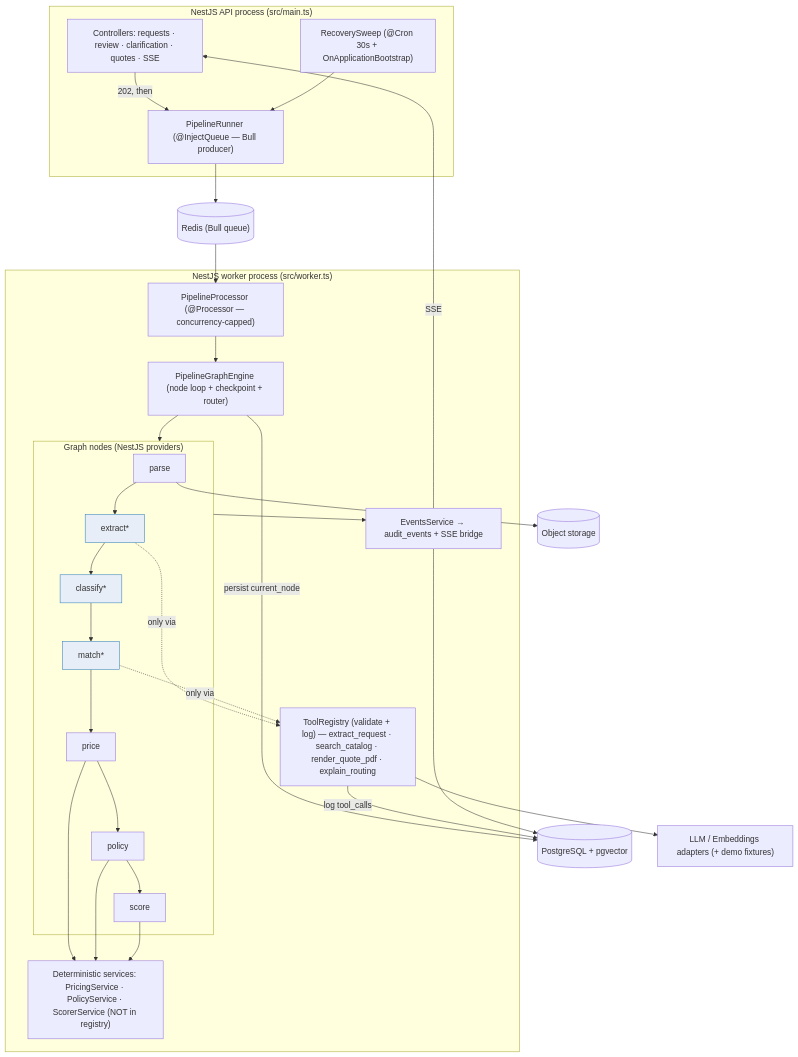
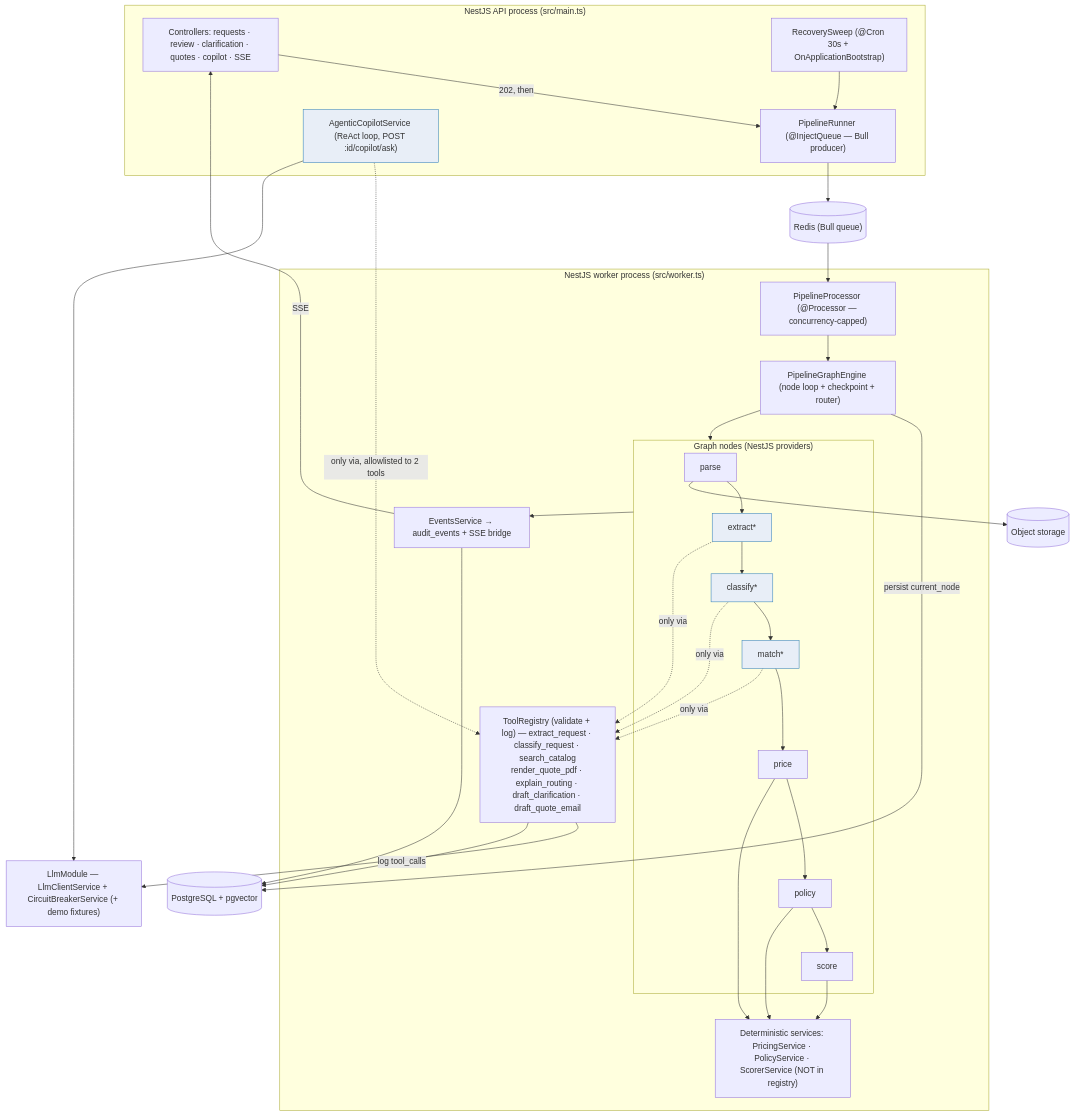
One commit to Distill-AI/distill-ai changed the diagram in docs/architecture.md. Above: the diagram before and after it, drawn with Mermaid. The commit also changed other lines of this file and 2 other files, not shown here.

First line of the commit message:
docs(architecture): bring architecture.md current, use real PRD content

````diff
--- a/docs/architecture.md
+++ b/docs/architecture.md
@@ -27,40 +31,44 @@
 ```mermaid
 flowchart TB
     subgraph API["NestJS API process (src/main.ts)"]
-        CTRL["Controllers: requests · review · clarification · quotes · SSE"]
+        CTRL["Controllers: requests · review · clarification · quotes · copilot · SSE"]
         PROD["PipelineRunner (@InjectQueue — Bull producer)"]
         SWEEP["RecoverySweep (@Cron 30s + OnApplicationBootstrap)"]
+        AGENT["AgenticCopilotService (ReAct loop, POST :id/copilot/ask)"]
     end
     REDIS[("Redis (Bull queue)")]
     subgraph WORKER["NestJS worker process (src/worker.ts)"]
         PROC["PipelineProcessor (@Processor — concurrency-capped)"]
         ENGINE["PipelineGraphEngine (node loop + checkpoint + router)"]
-        REG["ToolRegistry (validate + log) — extract_request · search_catalog · render_quote_pdf · explain_routing"]
+        REG["ToolRegistry (validate + log) — extract_request · classify_request · search_catalog\nrender_quote_pdf · explain_routing · draft_clarification · draft_quote_email"]
         subgraph NODES["Graph nodes (NestJS providers)"]
             N1["parse"] --> N2["extract*"] --> N3["classify*"] --> N4["match*"] --> N5["price"] --> N6["policy"] --> N7["score"]
         end
         DET["Deterministic services: PricingService · PolicyService · ScorerService (NOT in registry)"]
         EV["EventsService → audit_events + SSE bridge"]
     end
+    LLMMOD["LlmModule — LlmClientService + CircuitBreakerService (+ demo fixtures)"]
     PG[("PostgreSQL + pgvector")]
     OBJ[("Object storage")]
-    LLM["LLM / Embeddings adapters (+ demo fixtures)"]
 
     CTRL -->|"202, then"| PROD
     SWEEP --> PROD
     PROD --> REDIS --> PROC --> ENGINE --> NODES
     N2 -.->|"only via"| REG
+    N3 -.->|"only via"| REG
     N4 -.->|"only via"| REG
-    REG --> LLM
+    AGENT -.->|"only via, allowlisted to 2 tools"| REG
+    REG --> LLMMOD
+    AGENT --> LLMMOD
     N5 --> DET
     N6 --> DET
     N7 --> DET
     ENGINE -->|"persist current_node"| PG
     REG -->|"log tool_calls"| PG
     NODES --> EV --> PG
     EV -->|"SSE"| CTRL
     N1 --> OBJ
 
     classDef ai fill:#e8eef7,stroke:#2E7EB8;
-    class N2,N3,N4 ai;
+    class N2,N3,N4,AGENT ai;
 ```
````
